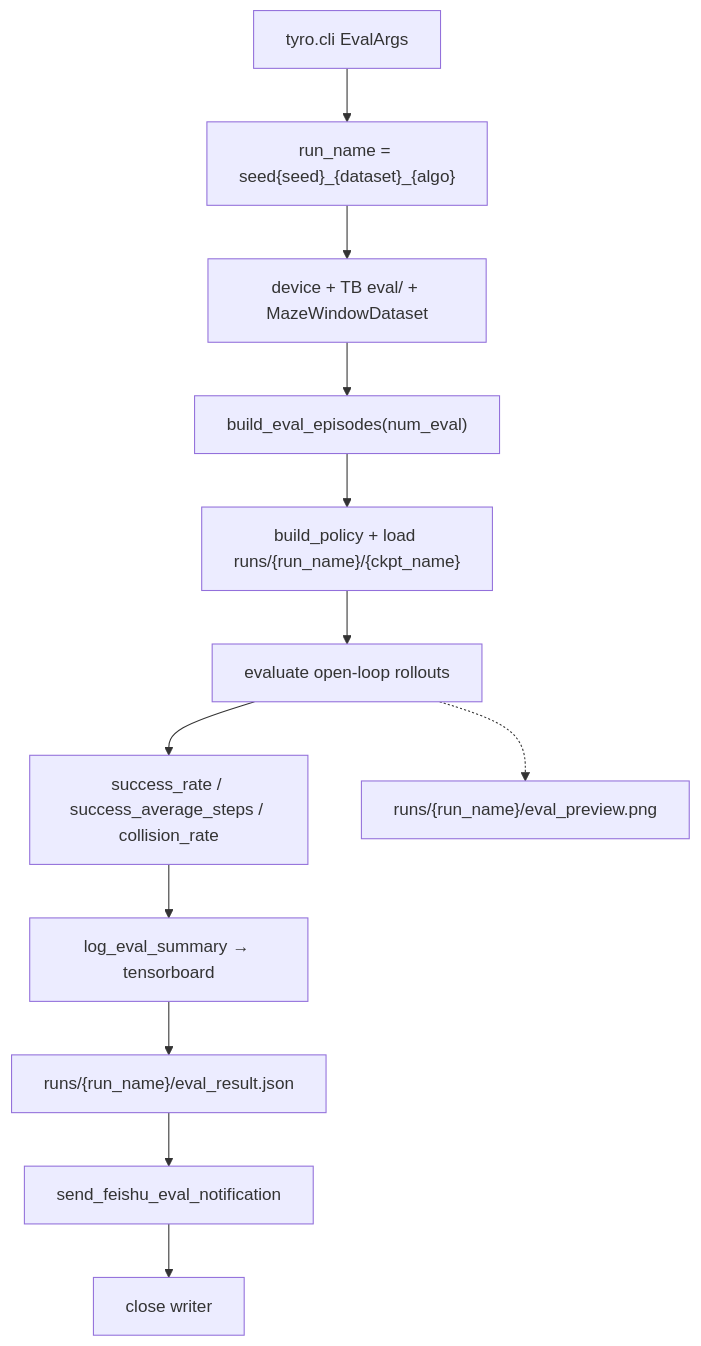
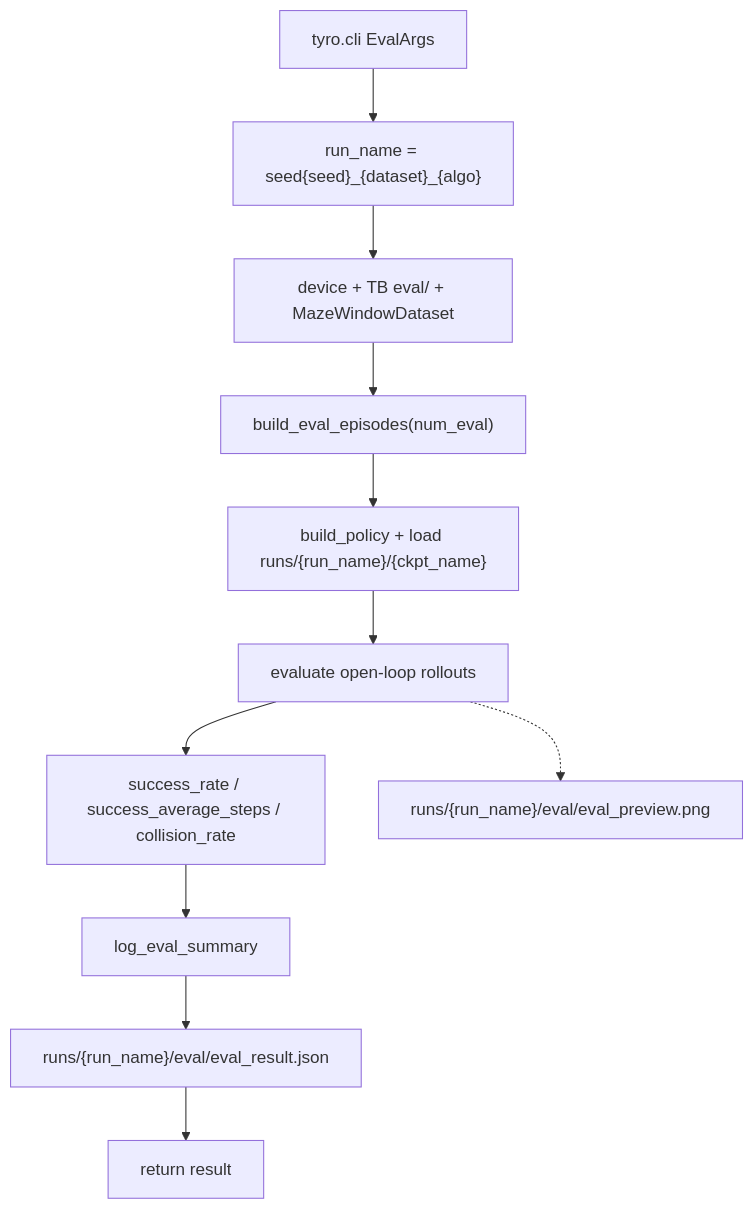
The fourth of 4 diagrams in README.md (IBNBlank/maze_playground), drawn with Mermaid before and after one commit. The commit also changed other lines of this file and 6 other files, not shown here.

````diff
--- a/README.md
+++ b/README.md
@@ -189,14 +185,13 @@
 ```mermaid
 flowchart TB
     start["tyro.cli EvalArgs"] --> run_name["run_name = seed{seed}_{dataset}_{algo}"]
     run_name --> init["device + TB eval/ + MazeWindowDataset"]
     init --> episodes["build_eval_episodes(num_eval)"]
     episodes --> policy["build_policy + load runs/{run_name}/{ckpt_name}"]
     policy --> roll["evaluate open-loop rollouts"]
     roll --> metrics["success_rate / success_average_steps / collision_rate"]
-    metrics --> log["log_eval_summary → tensorboard"]
-    log --> json["runs/{run_name}/eval_result.json"]
-    roll -.-> preview["runs/{run_name}/eval_preview.png"]
-    json --> feishu["send_feishu_eval_notification"]
-    feishu --> done["close writer"]
+    metrics --> log["log_eval_summary"]
+    log --> json["runs/{run_name}/eval/eval_result.json"]
+    roll -.-> preview["runs/{run_name}/eval/eval_preview.png"]
+    json --> done["return result"]
 ```
````
